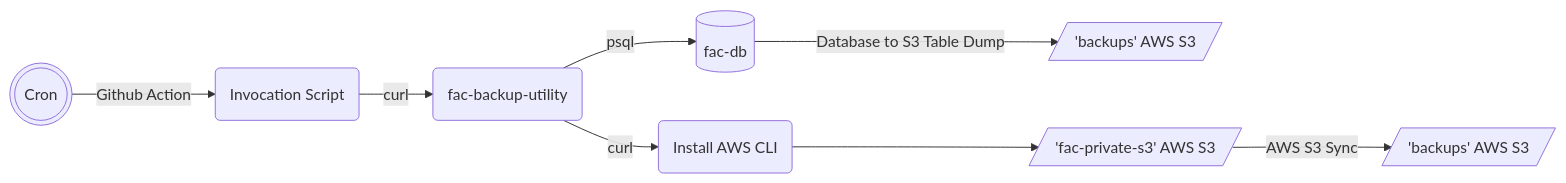
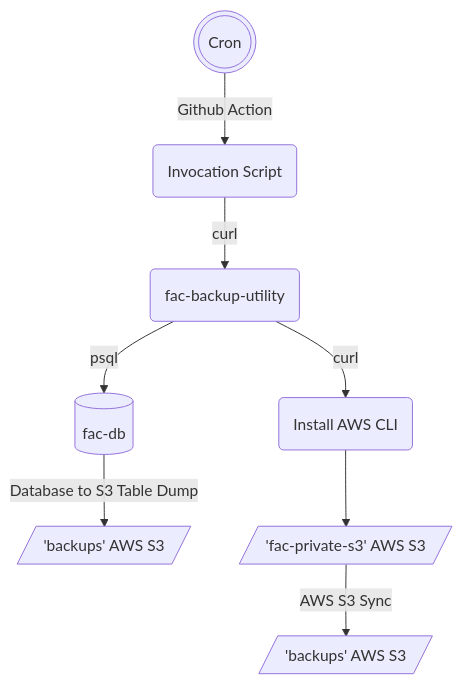
One commit to GSA-TTS/FAC changed the third of 3 diagrams in docs/backup-utility.md. Above: the diagram before and after it, drawn with Mermaid. The commit also changed other lines of this file, not shown here.

Commit message:
Made diagrams TD instead of LR

````diff
--- a/docs/backup-utility.md
+++ b/docs/backup-utility.md
@@ -69,10 +69,10 @@
 ```mermaid
-flowchart LR
+flowchart TD
     A(Invocation Script) -->|curl| UTIL(fac-backup-utility)
     UTIL -->|curl| B(Install AWS CLI)
     UTIL -->|psql| C[(fac-db)]
     C -->|Database to S3 Table Dump| E[/'backups' AWS S3/]
     B --> D[/'fac-private-s3' AWS S3/]
     D --> |AWS S3 Sync| F[/'backups' AWS S3/]
     G(((Cron))) -->|Github Action| A
 ```
````
